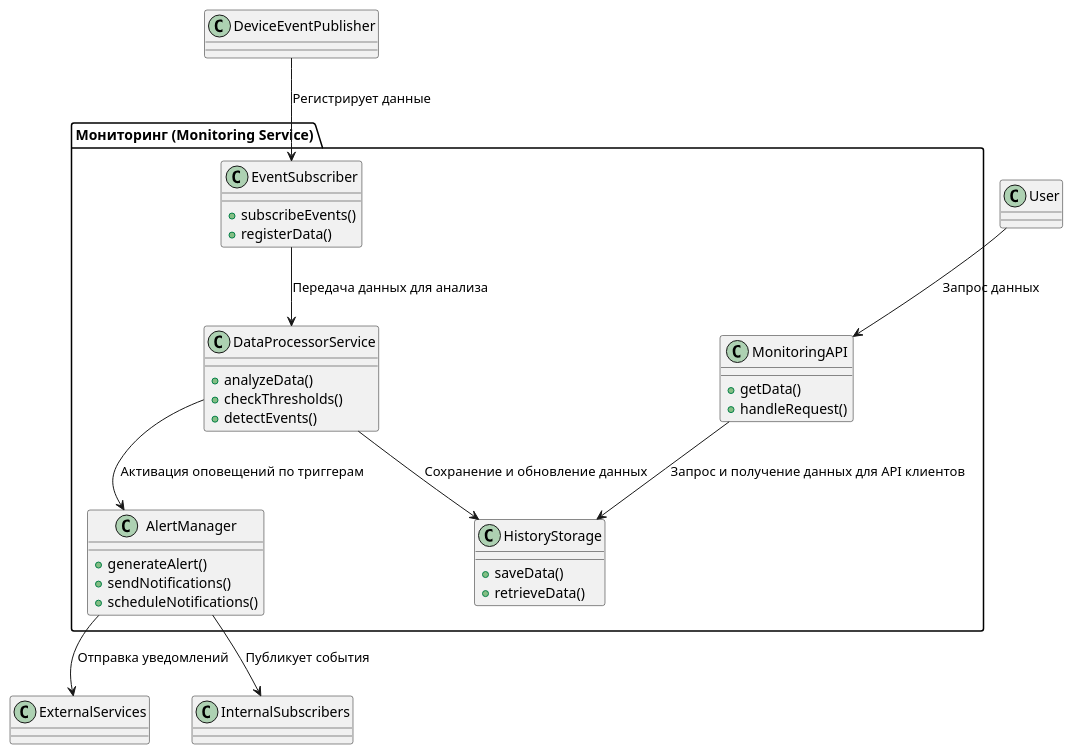
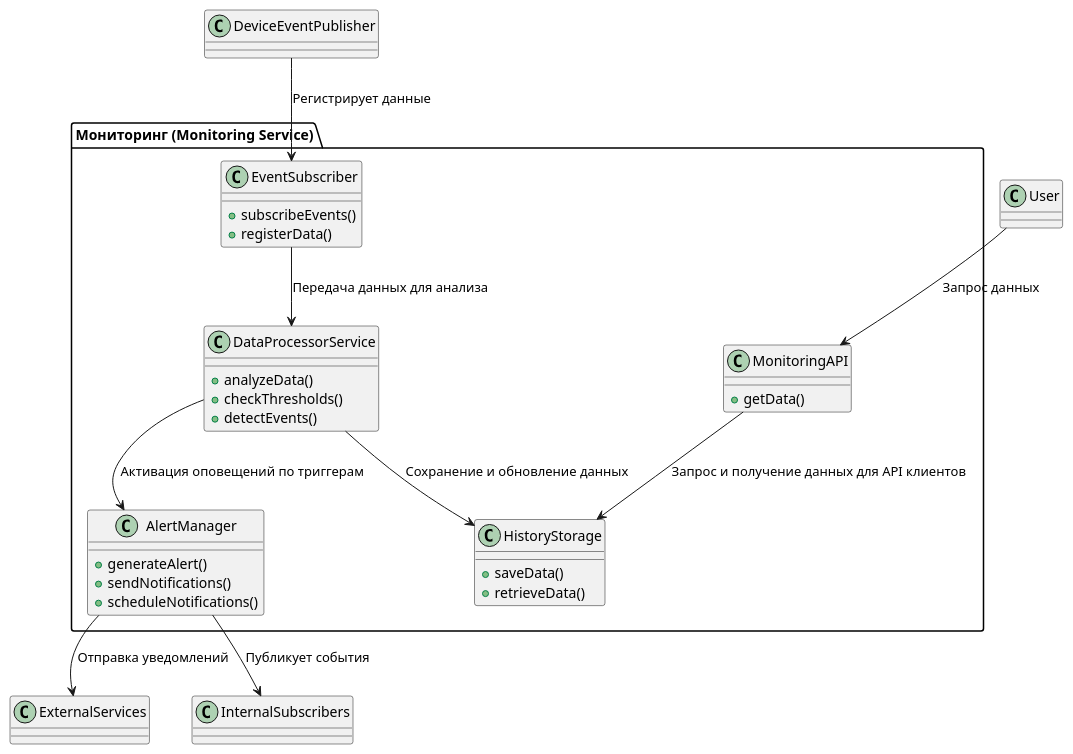
Before and after one commit to Savonaro1a/architecture-warmhouse: the diagram in docs/monitoring_code.puml, drawn with PlantUML. The commit also changed 5 other files, not shown here.

```diff
--- a/docs/monitoring_code.puml
+++ b/docs/monitoring_code.puml
@@ -1,41 +1,40 @@
 @startuml
 
 package "Мониторинг (Monitoring Service)" {
   class MonitoringAPI {
     +getData()
-    +handleRequest()
   }
 
   class DataProcessorService {
     +analyzeData()
     +checkThresholds()
     +detectEvents()
   }
 
   class AlertManager {
     +generateAlert()
     +sendNotifications()
     +scheduleNotifications()
   }
 
   class HistoryStorage {
     +saveData()
     +retrieveData()
   }
 
   class EventSubscriber {
     +subscribeEvents()
     +registerData()
   }
 }
 
 EventSubscriber --> DataProcessorService : Передача данных для анализа
 DataProcessorService --> AlertManager : Активация оповещений по триггерам
 AlertManager --> ExternalServices : Отправка уведомлений
 DataProcessorService --> HistoryStorage : Сохранение и обновление данных
 MonitoringAPI --> HistoryStorage : Запрос и получение данных для API клиентов
 User --> MonitoringAPI : Запрос данных
 DeviceEventPublisher --> EventSubscriber : Регистрирует данные
 AlertManager --> InternalSubscribers : Публикует события
 
 @enduml
```
